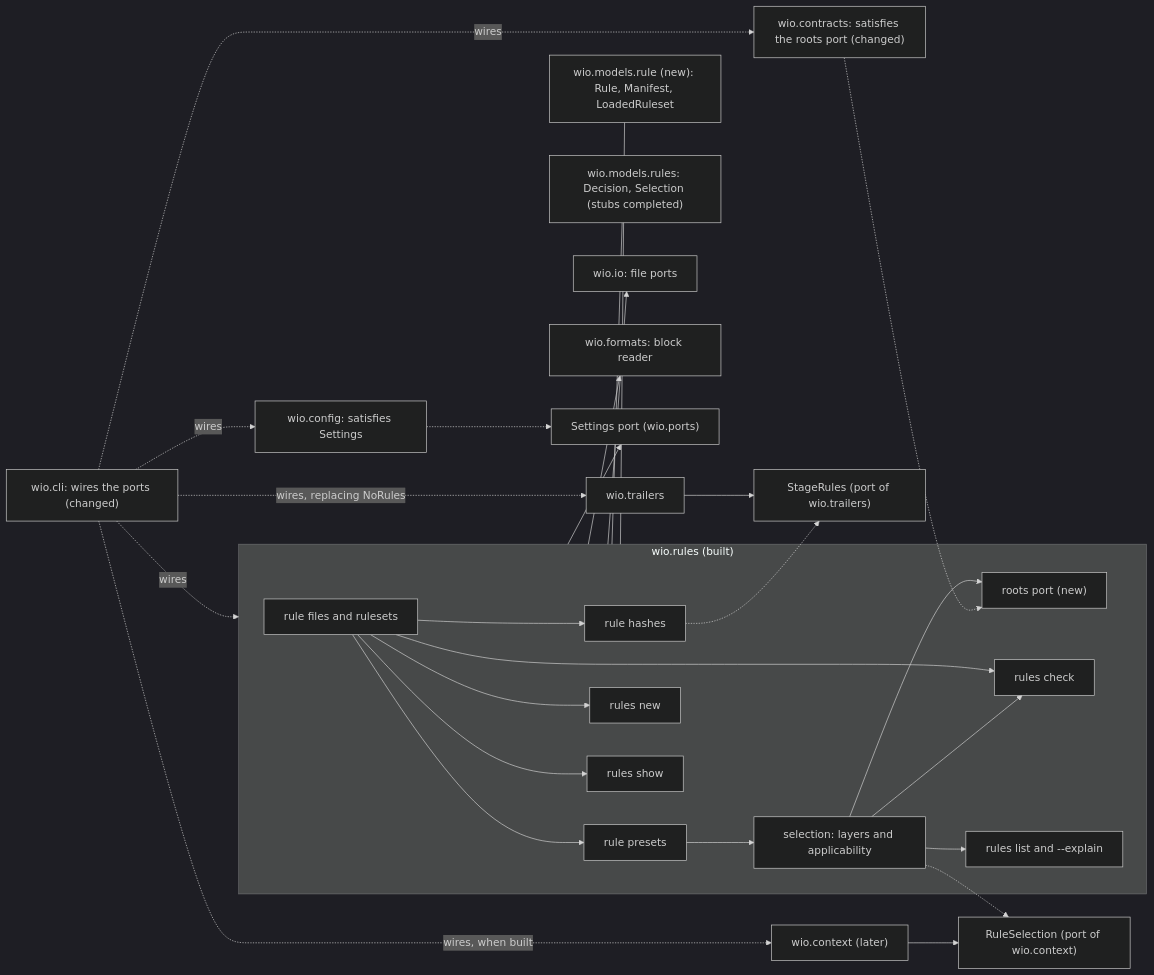
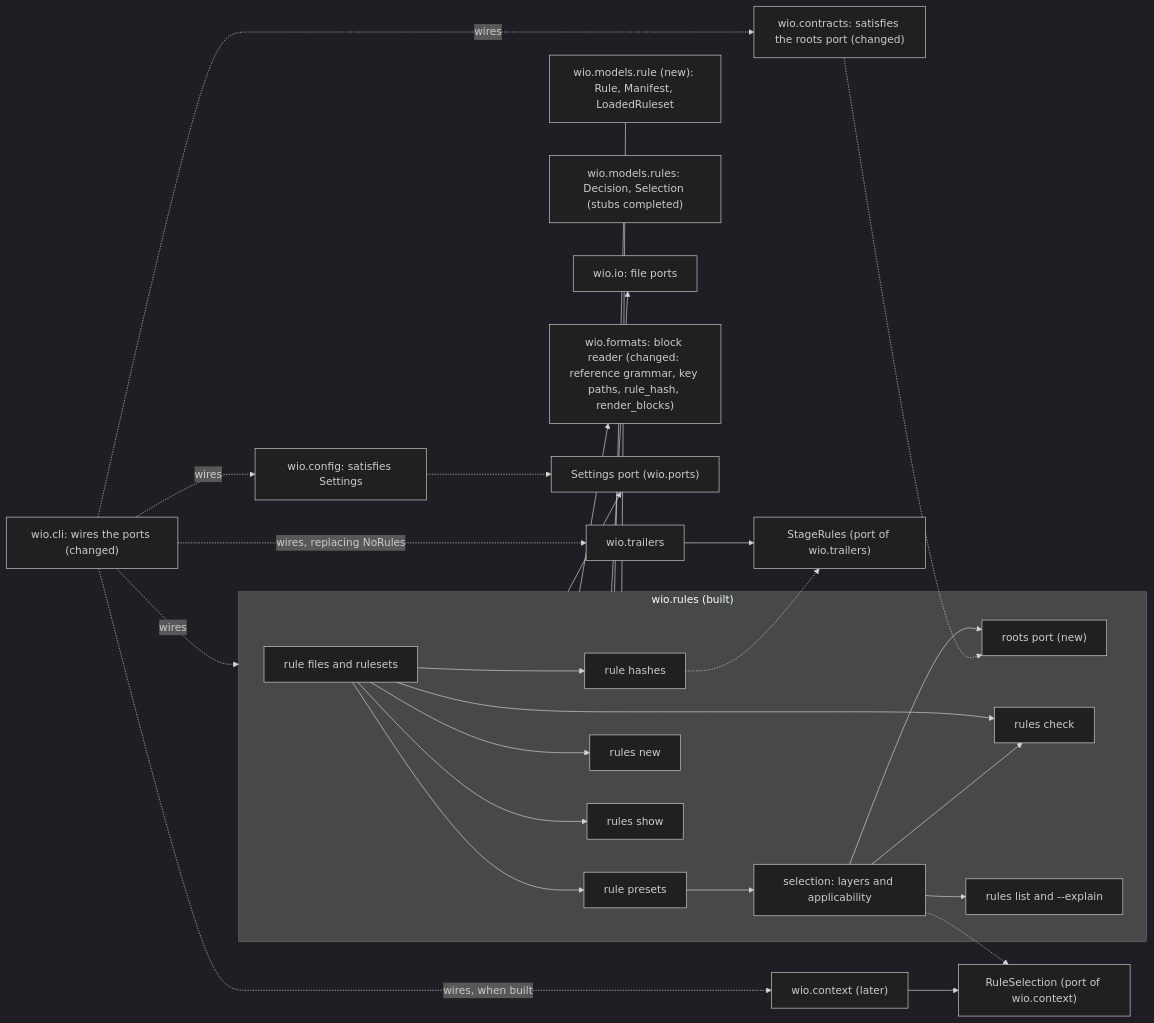
Before and after one commit to msitarz/wio: the second of 2 diagrams in .agents/wio/works/wio-rules/README.md, drawn with Mermaid (dark theme). The commit also changed other lines of this file and 13 other files, not shown here.

````diff
--- a/.agents/wio/works/wio-rules/README.md
+++ b/.agents/wio/works/wio-rules/README.md
@@ -270,50 +278,50 @@
 ```mermaid
 flowchart LR
     subgraph rules["wio.rules (built)"]
         files["rule files and rulesets"]
         presets["rule presets"]
         select["selection: layers and applicability"]
         hashes["rule hashes"]
         rootsport["roots port (new)"]
         new["rules new"]
         check["rules check"]
         list["rules list and --explain"]
         show["rules show"]
     end
     ruledata["wio.models.rule (new): Rule, Manifest, LoadedRuleset"]
     models["wio.models.rules: Decision, Selection (stubs completed)"]
     io["wio.io: file ports"]
-    fmt["wio.formats: block reader"]
+    fmt["wio.formats: block reader (changed: reference grammar, key paths, rule_hash, render_blocks)"]
     settings["Settings port (wio.ports)"]
     selport["RuleSelection (port of wio.context)"]
     stageport["StageRules (port of wio.trailers)"]
     config["wio.config: satisfies Settings"]
     contracts["wio.contracts: satisfies the roots port (changed)"]
     ctx["wio.context (later)"]
     trl["wio.trailers"]
     cli["wio.cli: wires the ports (changed)"]
     files --> presets --> select
     files --> new
     files --> check
     files --> show
     files --> hashes
     select --> check
     select --> list
     select --> rootsport
     rules --- ruledata
     rules --- models
     rules --> io
     rules --> fmt
     rules --> settings
     config -.-> settings
     contracts -.-> rootsport
     select -.-> selport
     hashes -.-> stageport
     ctx --> selport
     trl --> stageport
     cli -. "wires" .-> rules
     cli -. "wires" .-> config
     cli -. "wires" .-> contracts
     cli -. "wires, replacing NoRules" .-> trl
     cli -. "wires, when built" .-> ctx
 ```
````
